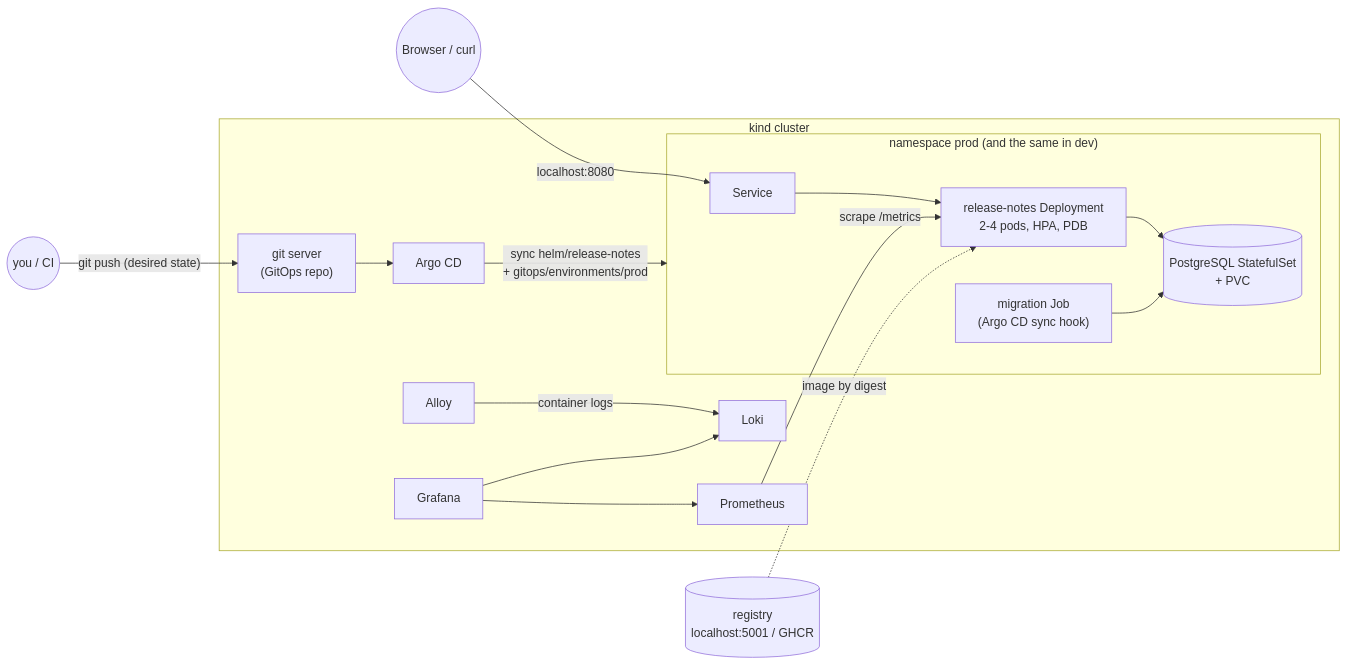
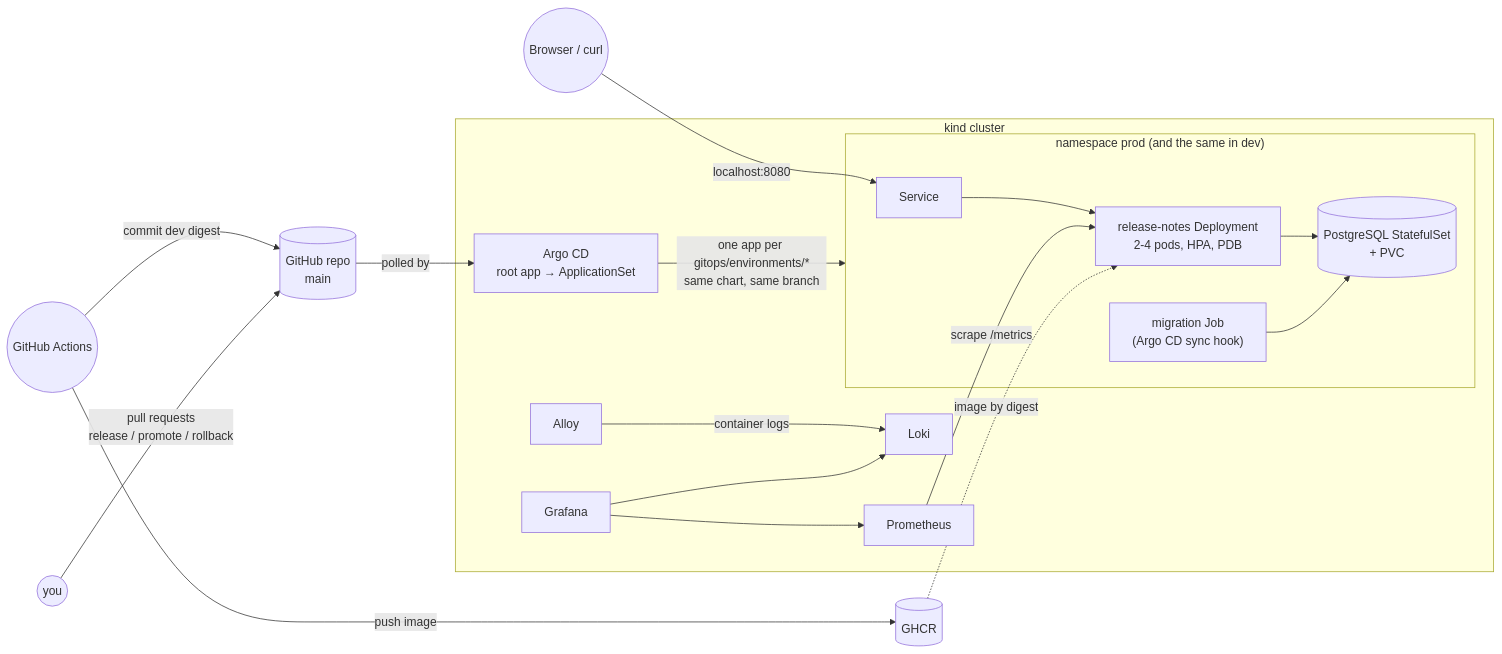
The diagram in README.md (mendelsabb/release-notes-devops), drawn with Mermaid before and after one commit. The commit also changed other lines of this file and 2 other files, not shown here.

````diff
--- a/README.md
+++ b/README.md
@@ -20,18 +20,20 @@
 ```mermaid
 flowchart LR
   subgraph kind["kind cluster"]
     subgraph prod["namespace prod (and the same in dev)"]
       svc[Service] --> api["release-notes Deployment<br/>2-4 pods, HPA, PDB"]
       api --> db[("PostgreSQL StatefulSet<br/>+ PVC")]
       job["migration Job<br/>(Argo CD sync hook)"] --> db
     end
-    git["git server<br/>(GitOps repo)"] --> argo[Argo CD]
-    argo -- "sync helm/release-notes<br/>+ gitops/environments/prod" --> prod
+    argo[Argo CD<br/>root app → ApplicationSet] -- "one app per gitops/environments/*<br/>same chart, same branch" --> prod
     prom[Prometheus] -- scrape /metrics --> api
     alloy[Alloy] -- container logs --> loki[Loki]
     graf[Grafana] --> prom & loki
   end
   user((Browser / curl)) -- "localhost:8080" --> svc
-  dev((you / CI)) -- "git push (desired state)" --> git
-  reg[("registry<br/>localhost:5001 / GHCR")] -. image by digest .-> api
+  gh[("GitHub repo<br/>main")] -- "polled by" --> argo
+  ci((GitHub Actions)) -- "commit dev digest" --> gh
+  you((you)) -- "pull requests<br/>release / promote / rollback" --> gh
+  ci -- "push image" --> reg[("GHCR")]
+  reg -. image by digest .-> api
 ```
````
